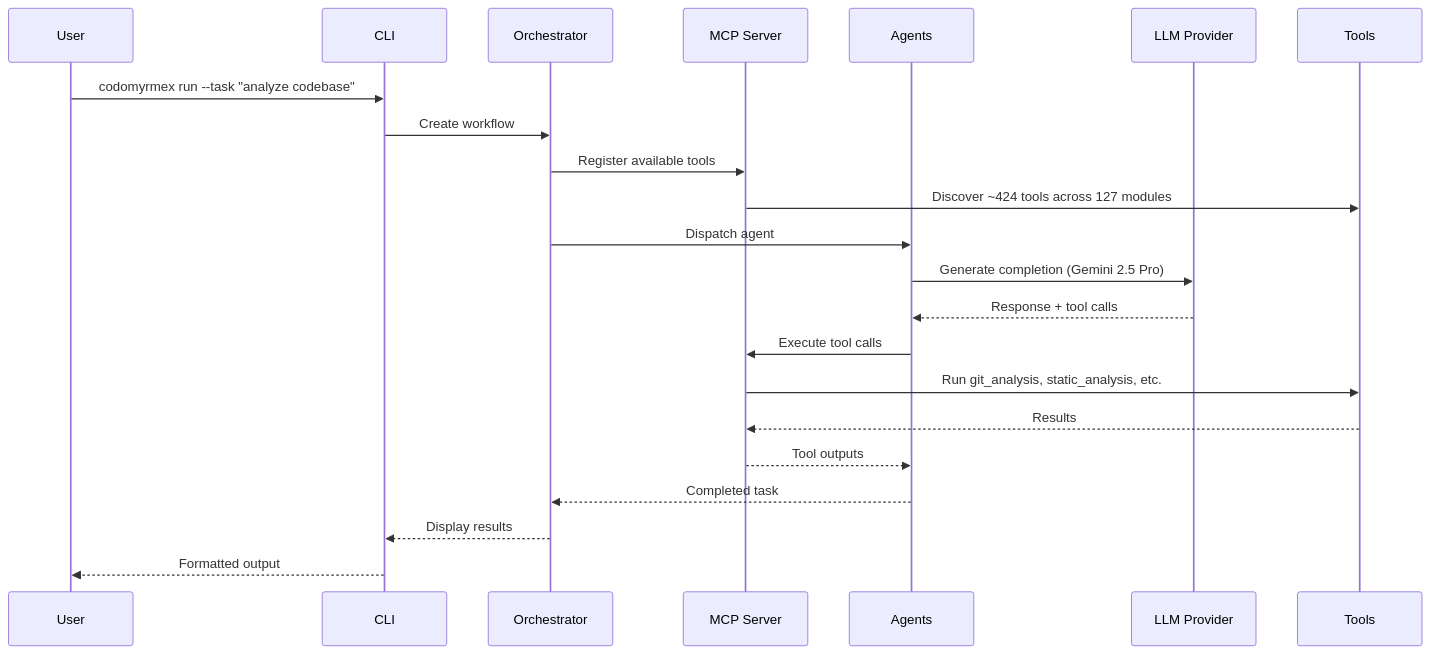
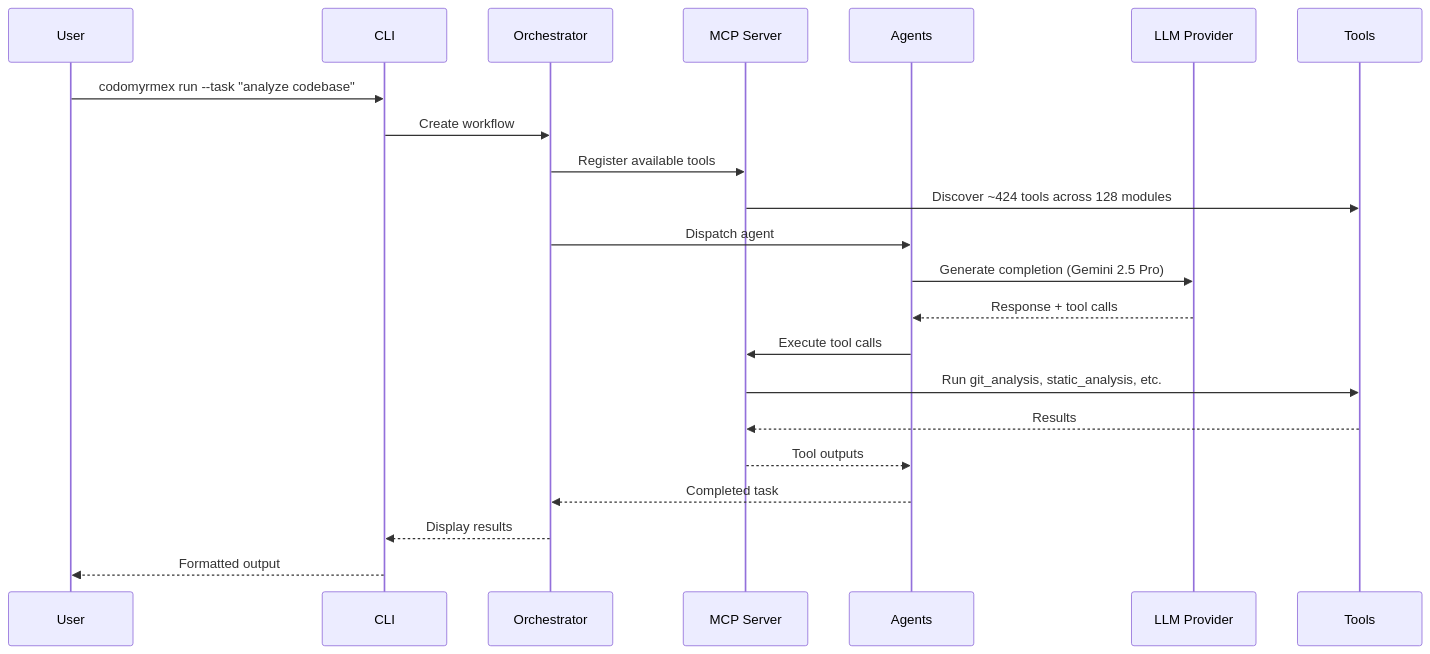
One commit to docxology/codomyrmex changed the third of 7 diagrams in .github/README.md. Above: the diagram before and after it, drawn with Mermaid. The commit also changed other lines of this file and 44 other files, not shown here.

````diff
--- a/.github/README.md
+++ b/.github/README.md
@@ -424,25 +424,25 @@
 ```mermaid
 sequenceDiagram
     participant User
     participant CLI
     participant Orchestrator
     participant MCP as MCP Server
     participant Agents
     participant LLM as LLM Provider
     participant Tools
 
     User->>CLI: codomyrmex run --task "analyze codebase"
     CLI->>Orchestrator: Create workflow
     Orchestrator->>MCP: Register available tools
-    MCP->>Tools: Discover ~424 tools across 127 modules
+    MCP->>Tools: Discover ~424 tools across 128 modules
     Orchestrator->>Agents: Dispatch agent
     Agents->>LLM: Generate completion (Gemini 2.5 Pro)
     LLM-->>Agents: Response + tool calls
     Agents->>MCP: Execute tool calls
     MCP->>Tools: Run git_analysis, static_analysis, etc.
     Tools-->>MCP: Results
     MCP-->>Agents: Tool outputs
     Agents-->>Orchestrator: Completed task
     Orchestrator-->>CLI: Display results
     CLI-->>User: Formatted output
 ```
````
